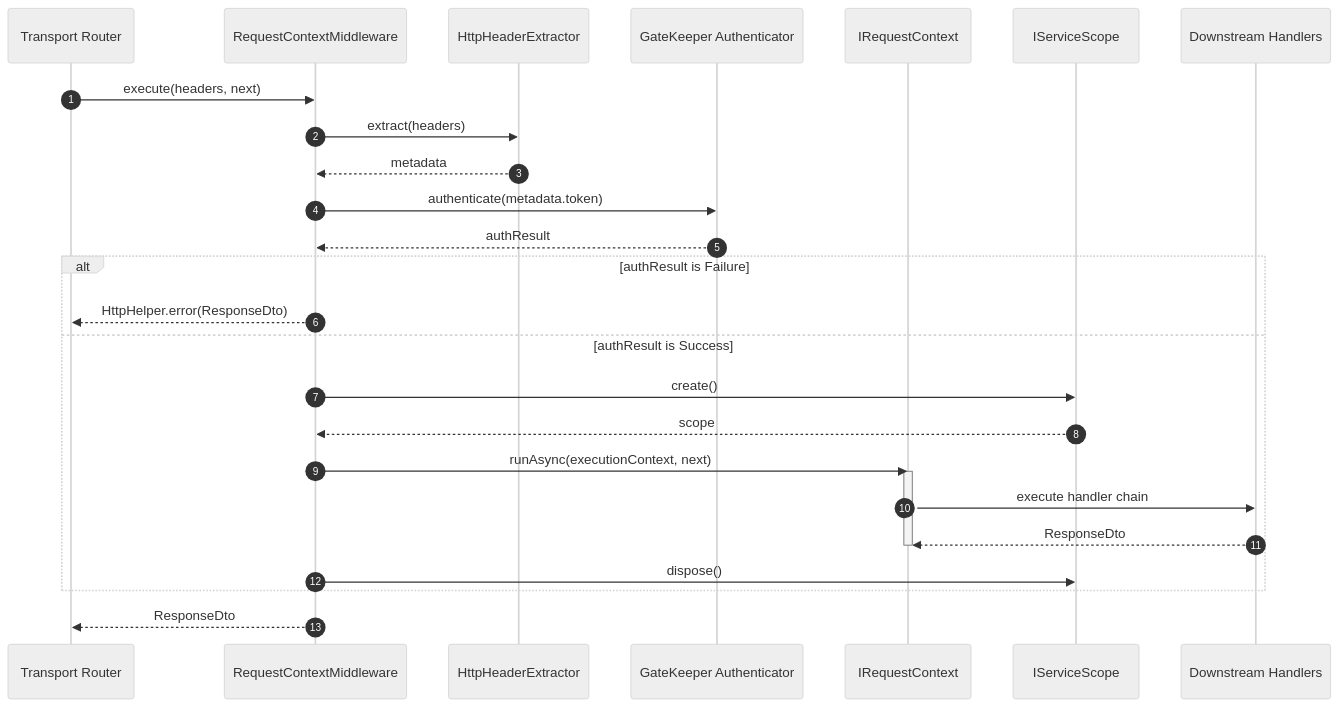
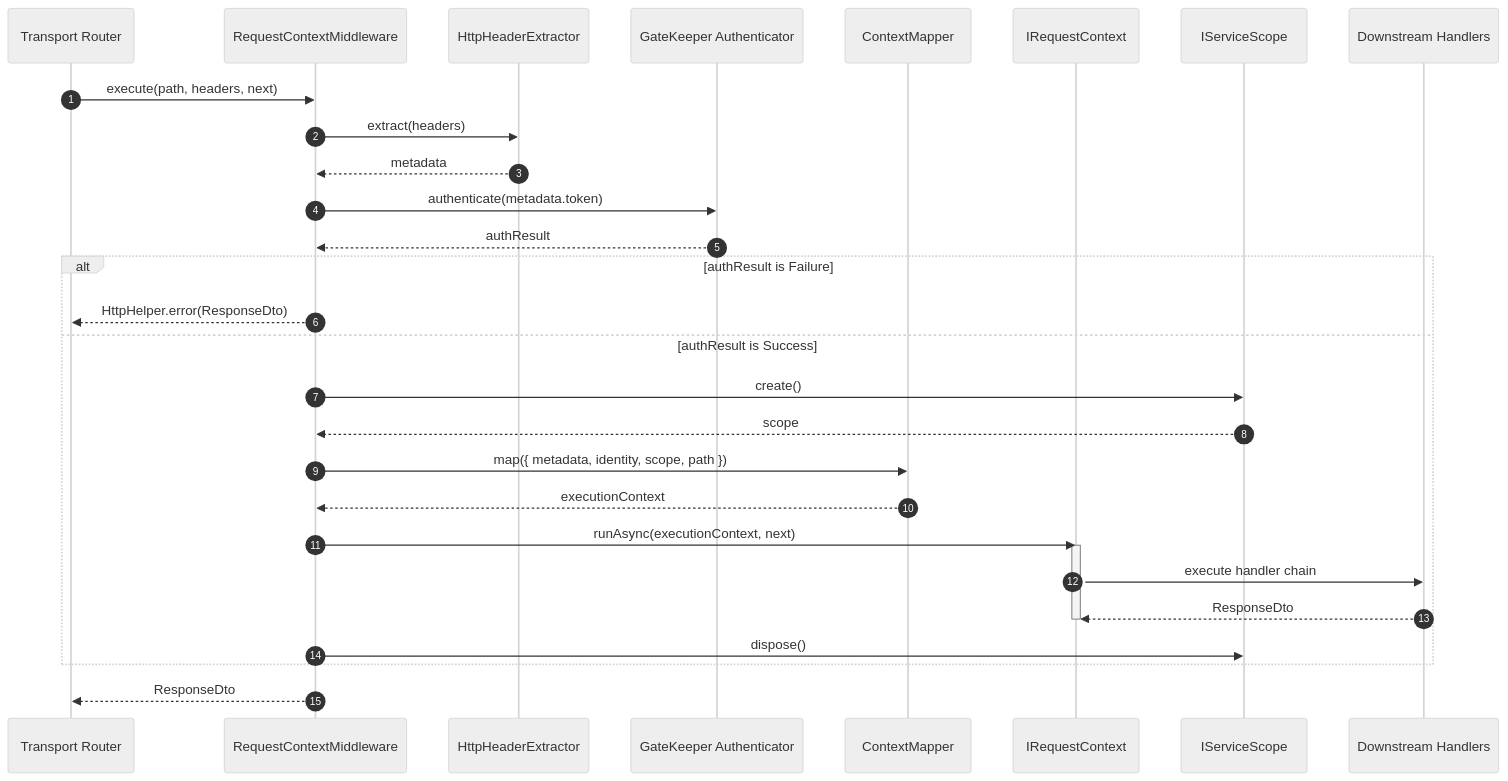
One commit to xeno-js/xeno-js changed the diagram in documentation/execution-context-middleware/request-identity-storage-lifecycle.md. Above: the diagram before and after it, drawn with Mermaid (neutral theme). The commit also changed other lines of this file and 9 other files, not shown here.

````diff
--- a/documentation/execution-context-middleware/request-identity-storage-lifecycle.md
+++ b/documentation/execution-context-middleware/request-identity-storage-lifecycle.md
@@ -93,31 +97,34 @@
 ```mermaid
 sequenceDiagram
     autonumber
     participant Server as Transport Router
     participant MW as RequestContextMiddleware
     participant Ext as HttpHeaderExtractor
     participant GK as GateKeeper Authenticator
+    participant Mapper as ContextMapper
     participant Context as IRequestContext
     participant Scope as IServiceScope
     participant Next as Downstream Handlers
 
-    Server->>MW: execute(headers, next)
+    Server->>MW: execute(path, headers, next)
     MW->>Ext: extract(headers)
     Ext-->>MW: metadata
     MW->>GK: authenticate(metadata.token)
     GK-->>MW: authResult
     alt authResult is Failure
       MW-->>Server: HttpHelper.error(ResponseDto)
     else authResult is Success
       MW->>Scope: create()
       Scope-->>MW: scope
+      MW->>Mapper: map({ metadata, identity, scope, path })
+      Mapper-->>MW: executionContext
       MW->>Context: runAsync(executionContext, next)
       activate Context
       Context->>Next: execute handler chain
       Next-->>Context: ResponseDto
       deactivate Context
       MW->>Scope: dispose()
     end
     MW-->>Server: ResponseDto
 
 ```
````
